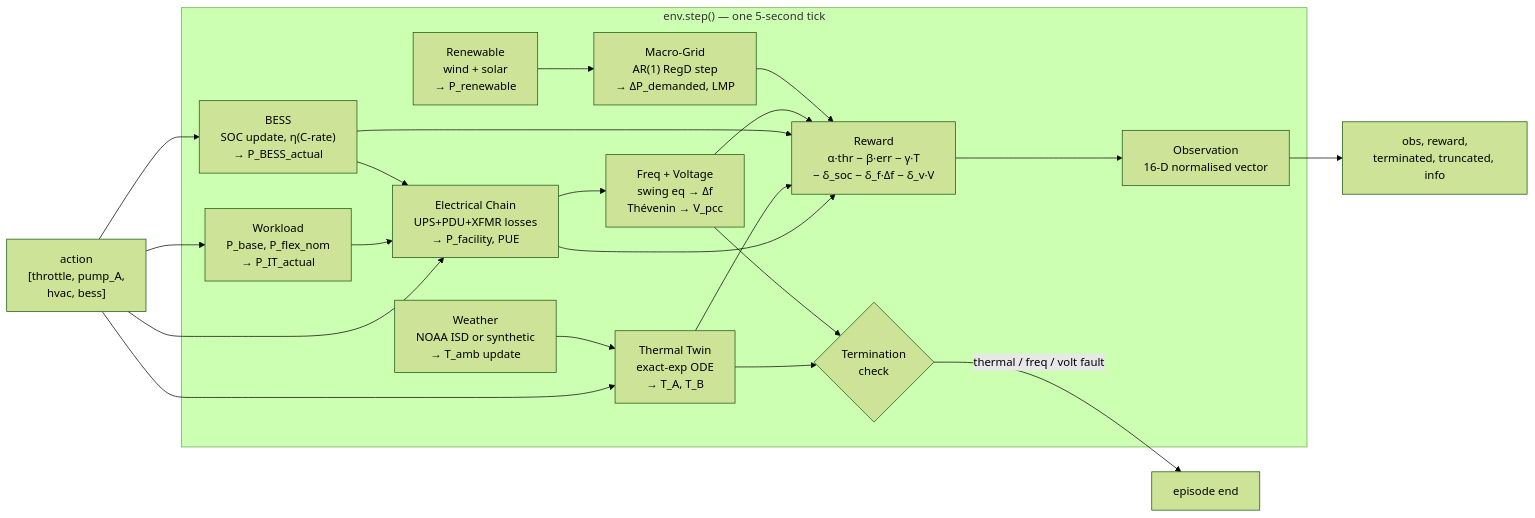
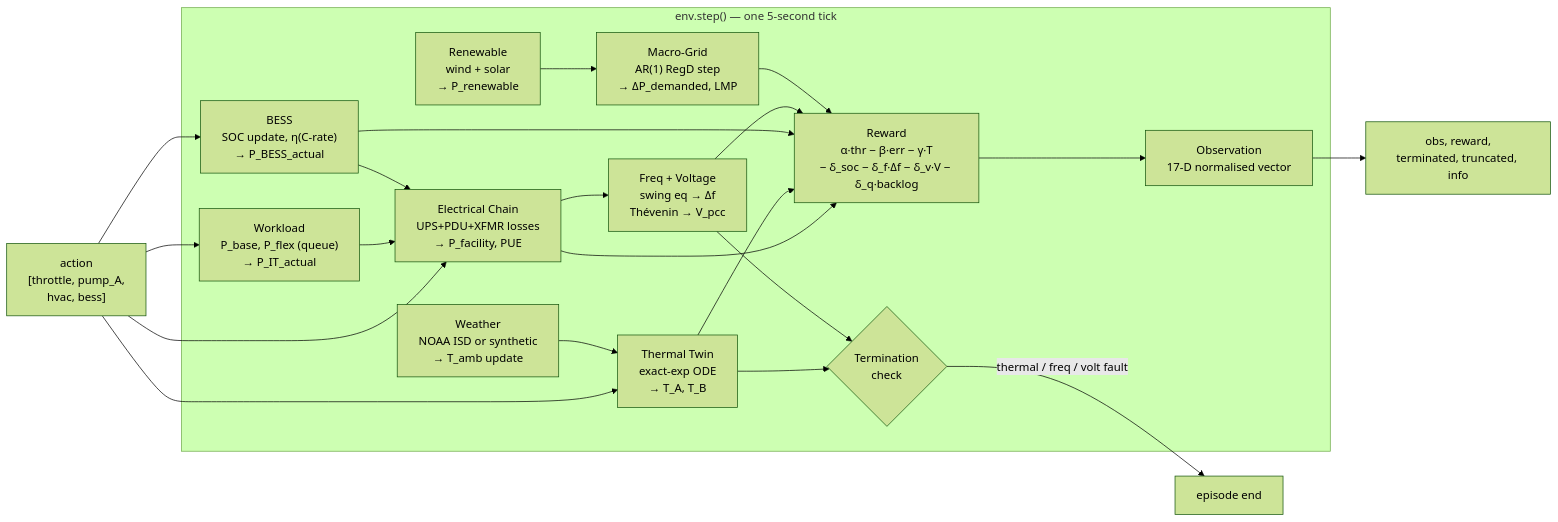
One commit to HewlettPackard/c2g-bench changed the third of 9 diagrams in README.md. Above: the diagram before and after it, drawn with Mermaid (forest theme). The commit also changed other lines of this file, not shown here.

First line of the commit message:
docs: sync all diagrams and prose to 17-D obs / queue model

````diff
--- a/README.md
+++ b/README.md
@@ -273,39 +273,39 @@
 ```mermaid
 flowchart LR
     ACT["action\n[throttle, pump_A,\nhvac, bess]"]
 
     ACT --> WL
     ACT --> TH
     ACT --> BS
     ACT --> EL
 
     subgraph STEP["env.step() — one 5-second tick"]
-        WL["Workload\nP_base, P_flex_nom\n→ P_IT_actual"]
+        WL["Workload\nP_base, P_flex (queue)\n→ P_IT_actual"]
         TH["Thermal Twin\nexact-exp ODE\n→ T_A, T_B"]
         EL["Electrical Chain\nUPS+PDU+XFMR losses\n→ P_facility, PUE"]
         BS["BESS\nSOC update, η(C-rate)\n→ P_BESS_actual"]
         MG["Macro-Grid\nAR(1) RegD step\n→ ΔP_demanded, LMP"]
         RN["Renewable\nwind + solar\n→ P_renewable"]
         WE["Weather\nNOAA ISD or synthetic\n→ T_amb update"]
         FV["Freq + Voltage\nswing eq → Δf\nThévenin → V_pcc"]
-        RW["Reward\nα·thr − β·err − γ·T\n− δ_soc − δ_f·Δf − δ_v·V"]
-        OB["Observation\n16-D normalised vector"]
+        RW["Reward\nα·thr − β·err − γ·T\n− δ_soc − δ_f·Δf − δ_v·V − δ_q·backlog"]
+        OB["Observation\n17-D normalised vector"]
         TM{"Termination\ncheck"}
     end
 
     WL --> EL
     BS --> EL
     RN --> MG
     WE --> TH
     EL --> FV
     EL --> RW
     TH --> RW
     BS --> RW
     FV --> RW
     MG --> RW
     RW --> OB
     TH --> TM
     FV --> TM
     TM -->|"thermal / freq / volt fault"| DONE["episode end"]
     OB --> OUT["obs, reward,\nterminated, truncated, info"]
 ```
````
